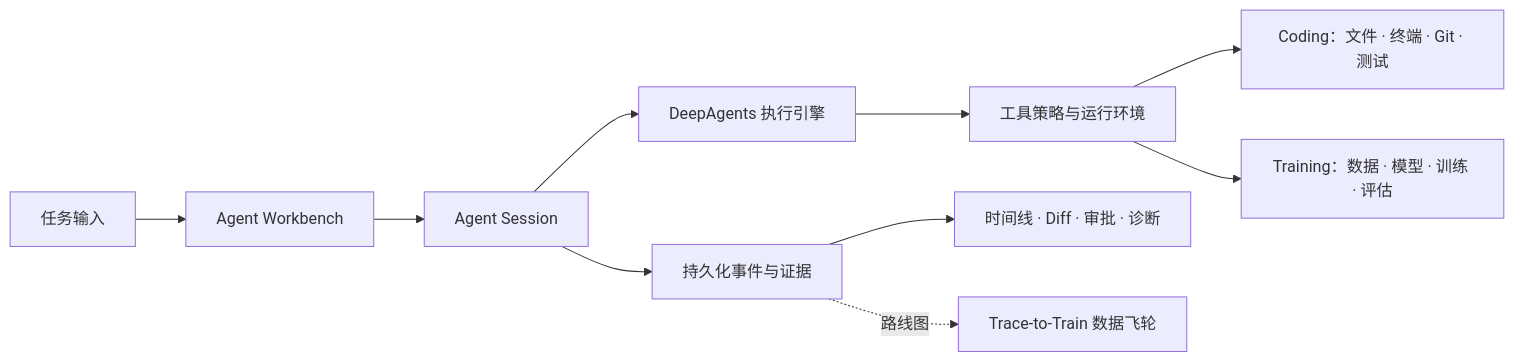
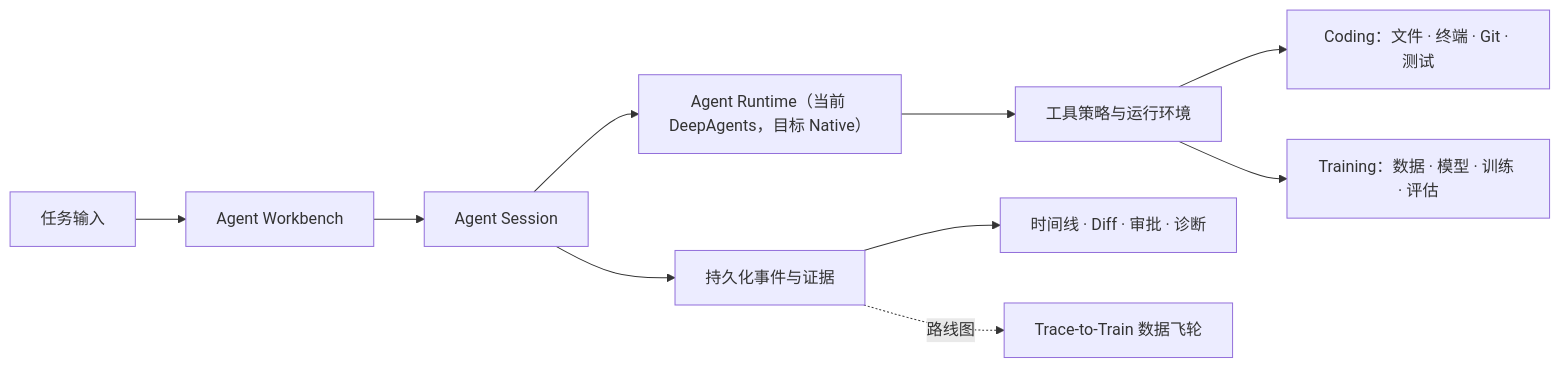
One commit to lin09389/finetune-platform changed the diagram in README.md. Above: the diagram before and after it, drawn with Mermaid. The commit also changed other lines of this file and 4 other files, not shown here.

Commit message:
docs(native-agent): align migration truth and gates

````diff
--- a/README.md
+++ b/README.md
@@ -26,12 +26,12 @@
 ```mermaid
 flowchart LR
     U["任务输入"] --> W["Agent Workbench"]
     W --> S["Agent Session"]
-    S --> D["DeepAgents 执行引擎"]
+    S --> D["Agent Runtime（当前 DeepAgents，目标 Native）"]
     D --> P["工具策略与运行环境"]
     P --> C["Coding：文件 · 终端 · Git · 测试"]
     P --> T["Training：数据 · 模型 · 训练 · 评估"]
     S --> E["持久化事件与证据"]
     E --> UI["时间线 · Diff · 审批 · 诊断"]
     E -. "路线图" .-> TT["Trace-to-Train 数据飞轮"]
 ```
````
